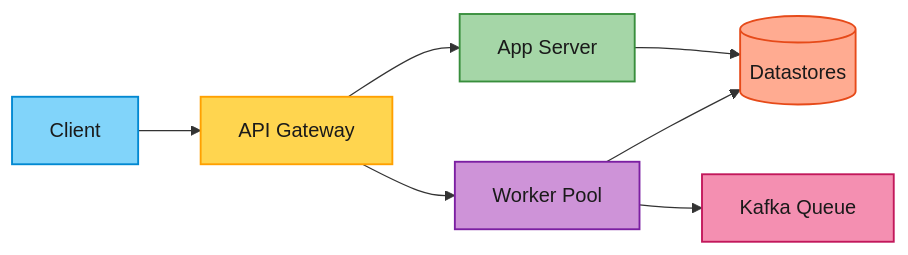
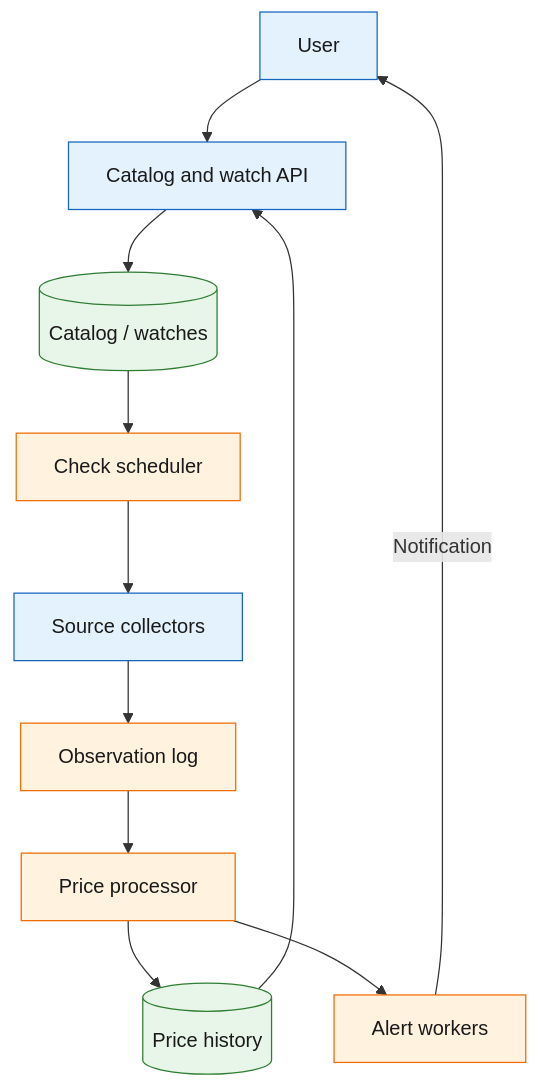
Before and after one commit to iliazlobin/iliazlobin.github.io: the first of 2 diagrams in _designs/system-design-camelcamelcamel.md, drawn with Mermaid. The commit also changed other lines of this file and 95 other files, not shown here.

````diff
--- a/_designs/system-design-camelcamelcamel.md
+++ b/_designs/system-design-camelcamelcamel.md
@@ -21,15 +145,19 @@
 ```mermaid
-flowchart LR
-    C[Client] --> G[API Gateway]
-    G --> A[App Server]
-    G --> W[Worker Pool]
-    A --> DB[(Datastores)]
-    W --> DB
-    W --> Q[Kafka Queue]
-    style C fill:#81D4FA,stroke:#0288D1,stroke-width:1.5px,color:#1A1A1A
-    style G fill:#FFD54F,stroke:#FFA000,stroke-width:1.5px,color:#1A1A1A
-    style A fill:#A5D6A7,stroke:#388E3C,stroke-width:1.5px,color:#1A1A1A
-    style W fill:#CE93D8,stroke:#7B1FA2,stroke-width:1.5px,color:#1A1A1A
-    style DB fill:#FFAB91,stroke:#E64A19,stroke-width:1.5px,color:#1A1A1A
-    style Q fill:#F48FB1,stroke:#C2185B,stroke-width:1.5px,color:#1A1A1A
+flowchart TB
+  U[User] --> API[Catalog and watch API]
+  API --> DB[(Catalog / watches)]
+  DB --> S[Check scheduler]
+  S --> C[Source collectors]
+  C --> Q[Observation log]
+  Q --> P[Price processor]
+  P --> H[(Price history)]
+  P --> A[Alert workers]
+  H --> API
+  A -->|Notification| U
+  classDef svc fill:#E3F2FD,stroke:#1565C0,color:#1A1A1A
+  classDef store fill:#E8F5E9,stroke:#2E7D32,color:#1A1A1A
+  classDef async fill:#FFF3E0,stroke:#EF6C00,color:#1A1A1A
+  class U,API,C svc
+  class DB,H store
+  class S,Q,P,A async
 ```
````
